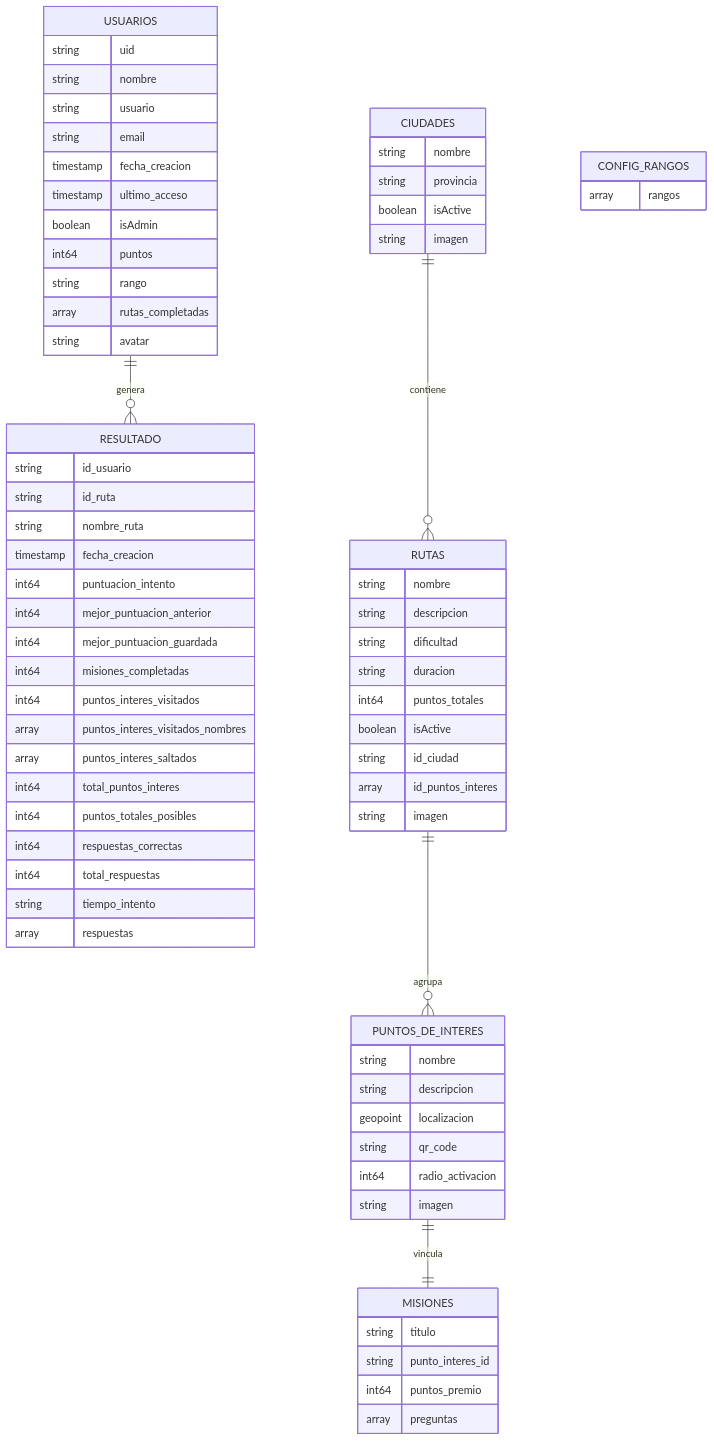
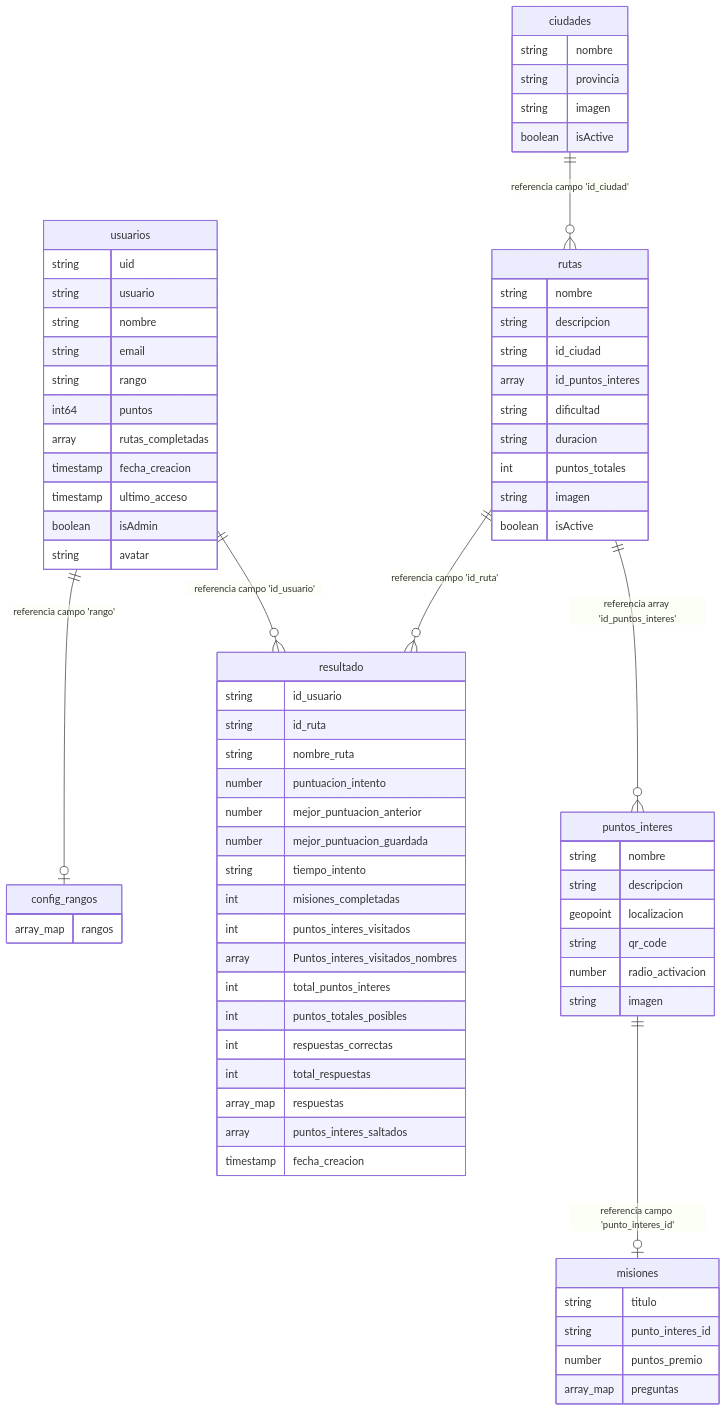
One commit to TurisTechTeam-Dev/rutexgo-assets changed the second of 4 diagrams in diagrama.md. Above: the diagram before and after it, drawn with Mermaid. The commit also changed other lines of this file, not shown here.

Commit message:
Add PDF Generation Service and update diagrams

````diff
--- a/diagrama.md
+++ b/diagrama.md
@@ -71,79 +75,82 @@
 ```mermaid
 erDiagram
-    USUARIOS ||--o{ RESULTADO : genera
-    USUARIOS {
+    usuarios ||--o| config_rangos : "referencia campo 'rango'"
+    usuarios ||--o{ resultado : "referencia campo 'id_usuario'"
+    ciudades ||--o{ rutas : "referencia campo 'id_ciudad'"
+    rutas ||--o{ puntos_interes : "referencia array 'id_puntos_interes'"
+    puntos_interes ||--o| misiones : "referencia campo 'punto_interes_id'"
+    rutas ||--o{ resultado : "referencia campo 'id_ruta'"
+
+    usuarios {
         string uid
+        string usuario
         string nombre
-        string usuario
         string email
+        string rango
+        int64 puntos
+        array rutas_completadas
         timestamp fecha_creacion
         timestamp ultimo_acceso
         boolean isAdmin
-        int64 puntos
-        string rango
-        array rutas_completadas
         string avatar
     }
 
-    CIUDADES ||--o{ RUTAS : contiene
-    CIUDADES {
+    ciudades {
         string nombre
         string provincia
+        string imagen
         boolean isActive
-        string imagen
     }
 
-    RUTAS ||--o{ PUNTOS_DE_INTERES : agrupa
-    RUTAS {
+    rutas {
         string nombre
         string descripcion
+        string id_ciudad
+        array id_puntos_interes
         string dificultad
         string duracion
-        int64 puntos_totales
+        int puntos_totales
+        string imagen
         boolean isActive
-        string id_ciudad
-        array id_puntos_interes
-        string imagen
     }
 
-    PUNTOS_DE_INTERES ||--|| MISIONES : vincula
-    PUNTOS_DE_INTERES {
+    puntos_interes {
         string nombre
         string descripcion
         geopoint localizacion
         string qr_code
-        int64 radio_activacion
+        number radio_activacion
         string imagen
     }
 
-    MISIONES {
+    misiones {
         string titulo
         string punto_interes_id
-        int64 puntos_premio
-        array preguntas
+        number puntos_premio
+        array_map preguntas
     }
 
-    RESULTADO {
+    resultado {
         string id_usuario
         string id_ruta
         string nombre_ruta
+        number puntuacion_intento
+        number mejor_puntuacion_anterior
+        number mejor_puntuacion_guardada
+        string tiempo_intento
+        int misiones_completadas
+        int puntos_interes_visitados
+        array Puntos_interes_visitados_nombres
+        int total_puntos_interes
+        int puntos_totales_posibles
+        int respuestas_correctas
+        int total_respuestas
+        array_map respuestas
+        array puntos_interes_saltados
         timestamp fecha_creacion
-        int64 puntuacion_intento
-        int64 mejor_puntuacion_anterior
-        int64 mejor_puntuacion_guardada
-        int64 misiones_completadas
-        int64 puntos_interes_visitados
-        array puntos_interes_visitados_nombres
-        array puntos_interes_saltados
-        int64 total_puntos_interes
-        int64 puntos_totales_posibles
-        int64 respuestas_correctas
-        int64 total_respuestas
-        string tiempo_intento
-        array respuestas
     }
 
-    CONFIG_RANGOS {
-        array rangos
+    config_rangos {
+        array_map rangos
     }
 ```
````
